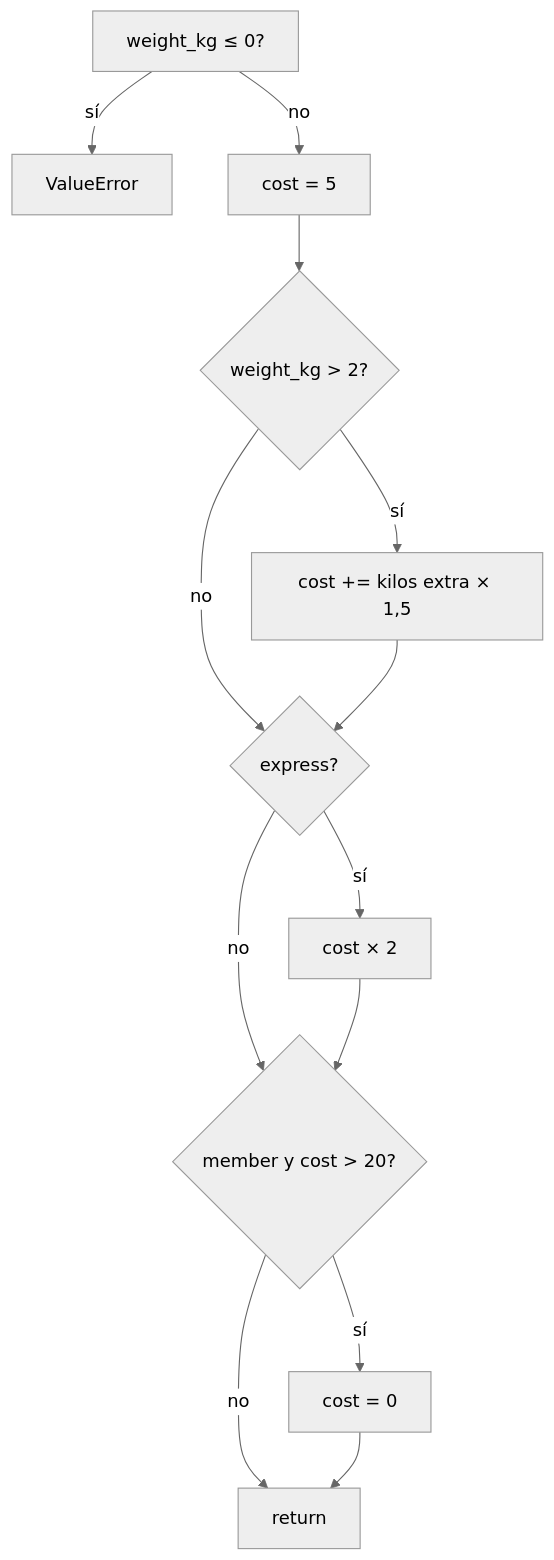
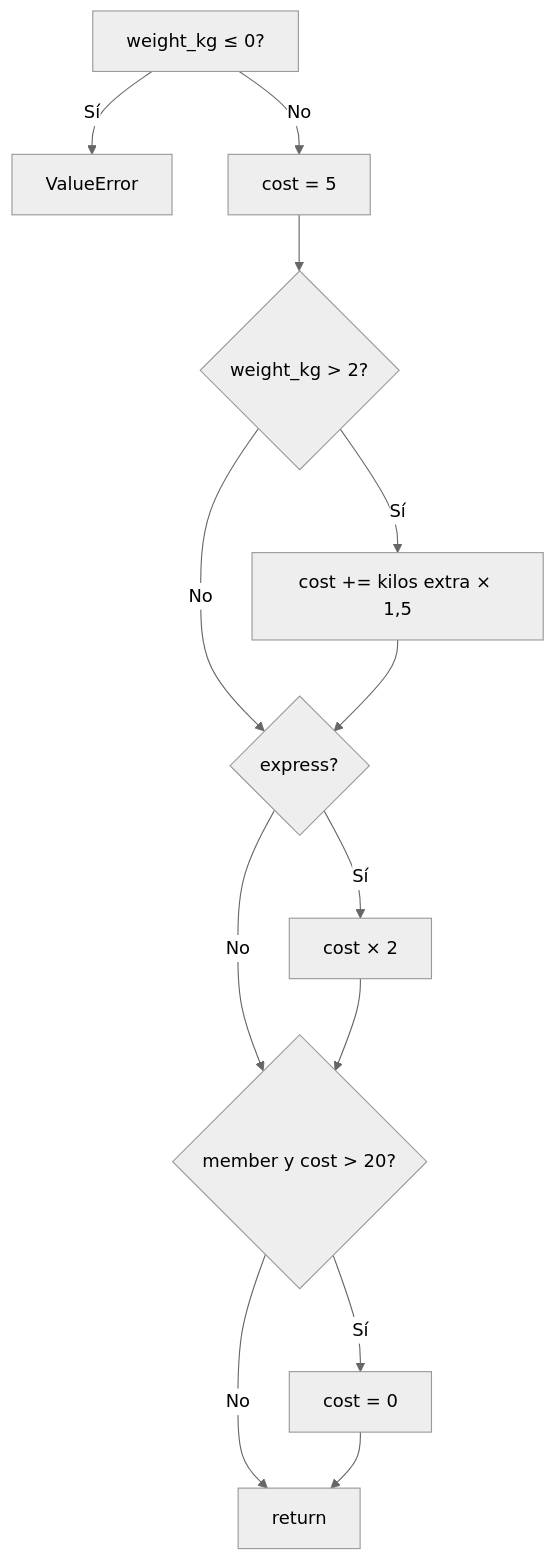
The diagram in labs/01-fundamentals/05-coverage-flaky/README.md (Chamba-Lab/pytest-lab), drawn with Mermaid (neutral theme) before and after one commit. The commit also changed 3 other files, not shown here.

Commit message:
docs(labs): capitalize diagram labels (#1)

````diff
--- a/labs/01-fundamentals/05-coverage-flaky/README.md
+++ b/labs/01-fundamentals/05-coverage-flaky/README.md
@@ -53,15 +53,15 @@
 ```mermaid
 flowchart TD
-    A[weight_kg ≤ 0?] -- sí --> E[ValueError]
-    A -- no --> B[cost = 5]
+    A[weight_kg ≤ 0?] -- Sí --> E[ValueError]
+    A -- No --> B[cost = 5]
     B --> C{weight_kg > 2?}
-    C -- sí --> C2[cost += kilos extra × 1,5]
-    C -- no --> D
+    C -- Sí --> C2[cost += kilos extra × 1,5]
+    C -- No --> D
     C2 --> D{express?}
-    D -- sí --> D2[cost × 2]
-    D -- no --> F
+    D -- Sí --> D2[cost × 2]
+    D -- No --> F
     D2 --> F{member y cost > 20?}
-    F -- sí --> F2[cost = 0]
-    F -- no --> G[return]
+    F -- Sí --> F2[cost = 0]
+    F -- No --> G[return]
     F2 --> G
 ```
````
